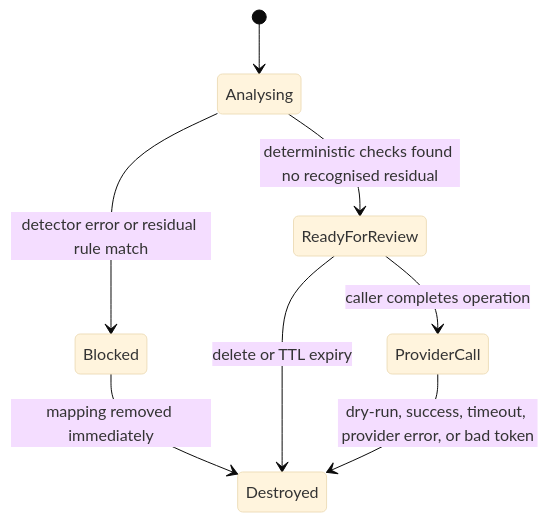
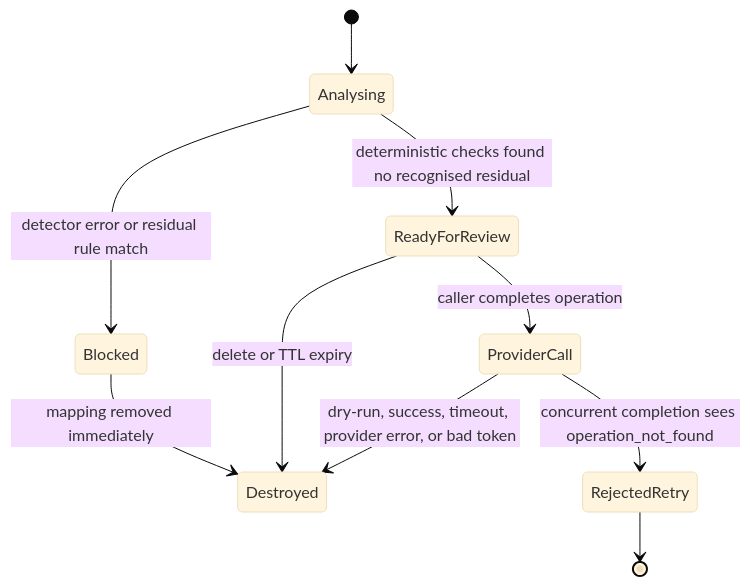
One commit to AI-Danil/pii-airlock changed the diagram in docs/architecture.md. Above: the diagram before and after it, drawn with Mermaid (base theme). The commit also changed other lines of this file and 32 other files, not shown here.

````diff
--- a/docs/architecture.md
+++ b/docs/architecture.md
@@ -19,10 +21,12 @@
 ```mermaid
 stateDiagram-v2
     [*] --> Analysing
     Analysing --> Blocked: detector error or residual rule match
     Analysing --> ReadyForReview: deterministic checks found no recognised residual
     Blocked --> Destroyed: mapping removed immediately
     ReadyForReview --> Destroyed: delete or TTL expiry
     ReadyForReview --> ProviderCall: caller completes operation
+    ProviderCall --> RejectedRetry: concurrent completion sees operation_not_found
     ProviderCall --> Destroyed: dry-run, success, timeout, provider error, or bad token
+    RejectedRetry --> [*]
 ```
````
